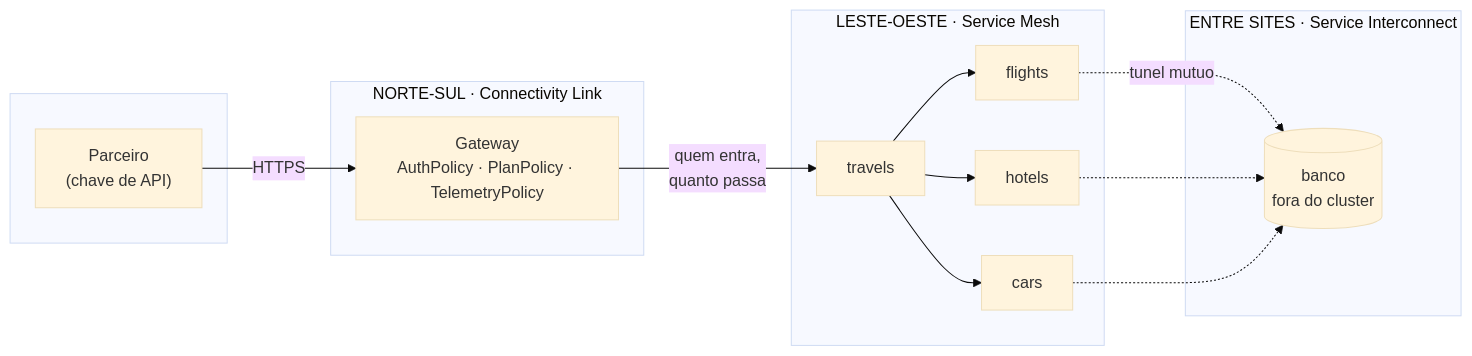
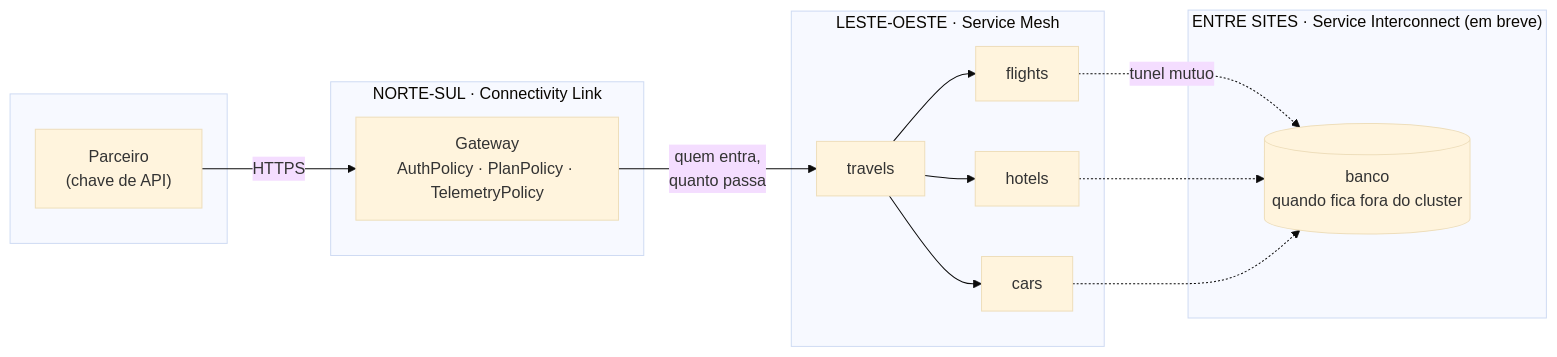
One commit to workshop-tanaka/rhcl-connectivity-workshop changed the diagram in content/modules/ROOT/pages/fronteiras.adoc. Above: the diagram before and after it, drawn with Mermaid (base theme). The commit also changed other lines of this file and 13 other files, not shown here.

```diff
--- a/content/modules/ROOT/pages/fronteiras.adoc
+++ b/content/modules/ROOT/pages/fronteiras.adoc
@@ -13,23 +14,23 @@
 [mermaid]
 ....
 flowchart LR
   subgraph EXT[" "]
     P["Parceiro<br/>(chave de API)"]
   end
   subgraph NS["NORTE-SUL · Connectivity Link"]
     G["Gateway<br/>AuthPolicy · PlanPolicy · TelemetryPolicy"]
   end
   subgraph EW["LESTE-OESTE · Service Mesh"]
     T[travels] --> F[flights]
     T --> H[hotels]
     T --> C[cars]
   end
-  subgraph SI["ENTRE SITES · Service Interconnect"]
-    DB[("banco<br/>fora do cluster")]
+  subgraph SI["ENTRE SITES · Service Interconnect (em breve)"]
+    DB[("banco<br/>quando fica fora do cluster")]
   end
   P -->|HTTPS| G
   G -->|"quem entra,<br/>quanto passa"| T
   F -.->|"tunel mutuo"| DB
   H -.-> DB
   C -.-> DB
 ....
```
